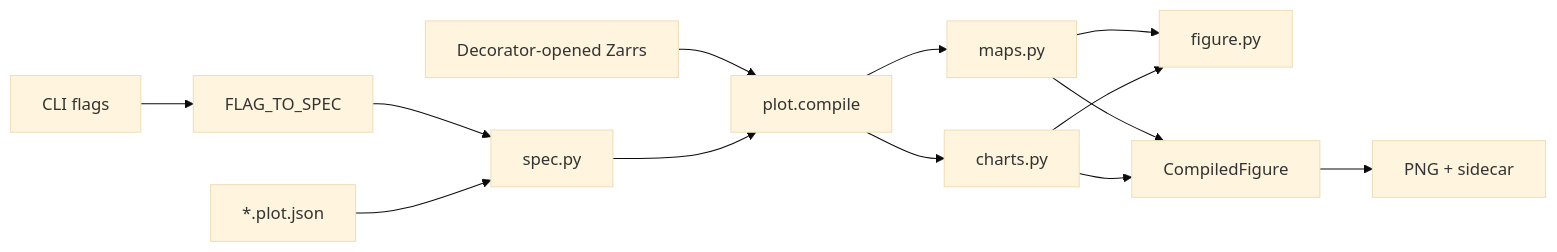
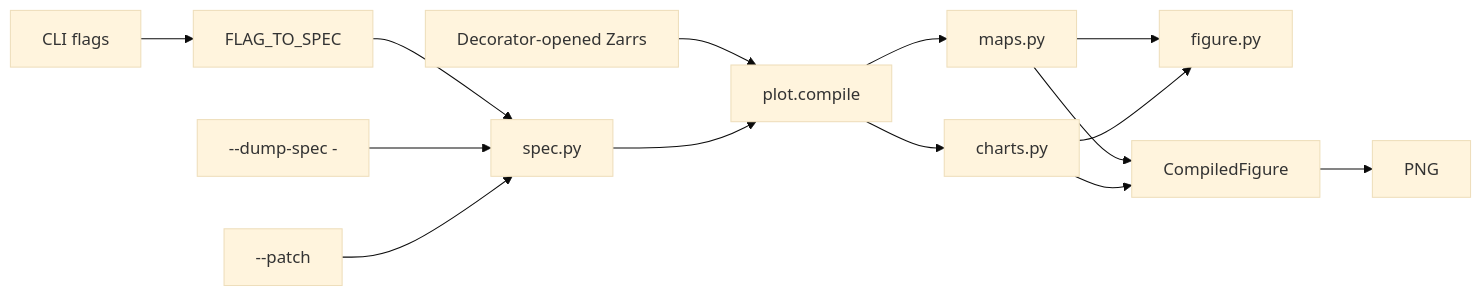
The diagram in docs/plotting.md (rhiza-research/weather-skills), drawn with Mermaid (base theme) before and after one commit. The commit also changed other lines of this file and 15 other files, not shown here.

Commit message:
Drop the plot.json sidecar so figure edits stay dump-on-demand plus --patch.

````diff
--- a/docs/plotting.md
+++ b/docs/plotting.md
@@ -9,15 +9,16 @@
 ```mermaid
 flowchart LR
   CLI[CLI flags] --> Flags[FLAG_TO_SPEC]
   Flags --> Spec[spec.py]
-  Sidecar["*.plot.json"] --> Spec
+  Dump["--dump-spec -"] --> Spec
+  Patch["--patch"] --> Spec
   Zarrs["Decorator-opened Zarrs"] --> Compile
   Spec --> Compile["plot.compile"]
   Compile --> Maps[maps.py]
   Compile --> Charts[charts.py]
   Maps --> Figure[figure.py]
   Charts --> Figure
   Maps --> Out[CompiledFigure]
   Charts --> Out
-  Out --> Export["PNG + sidecar"]
+  Out --> Export["PNG"]
 ```
````
